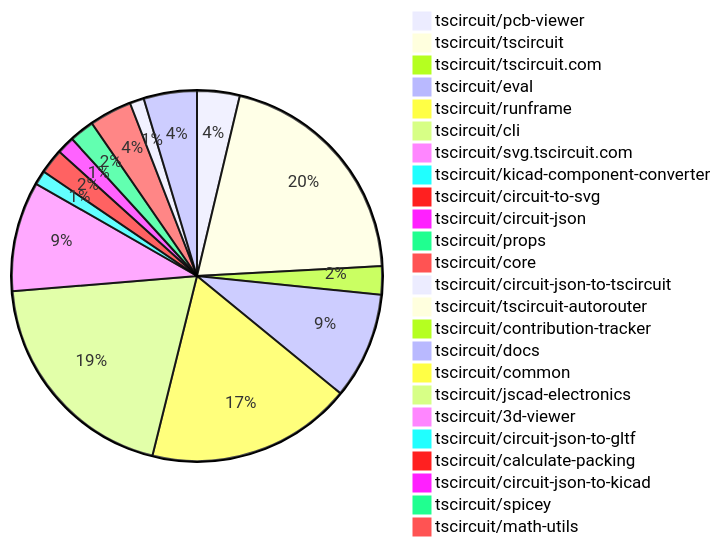
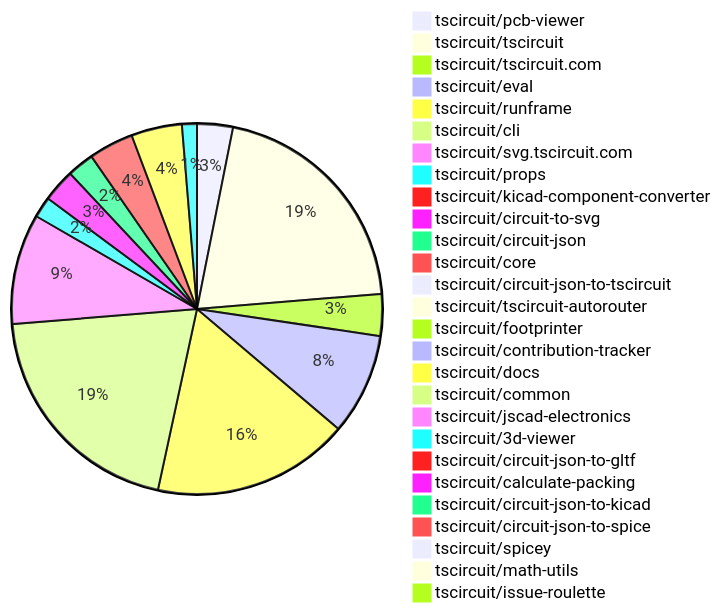
The first of 2 diagrams in README.md (tscircuit/contribution-tracker), drawn with Mermaid before and after one commit. The commit also changed other lines of this file and 3 other files, not shown here.

````diff
--- a/README.md
+++ b/README.md
@@ -29,27 +29,30 @@
 ```mermaid
 pie
     "tscircuit/pcb-viewer" : 12
-    "tscircuit/tscircuit" : 66
-    "tscircuit/tscircuit.com" : 8
-    "tscircuit/eval" : 30
-    "tscircuit/runframe" : 58
-    "tscircuit/cli" : 64
-    "tscircuit/svg.tscircuit.com" : 31
+    "tscircuit/tscircuit" : 79
+    "tscircuit/tscircuit.com" : 14
+    "tscircuit/eval" : 34
+    "tscircuit/runframe" : 66
+    "tscircuit/cli" : 78
+    "tscircuit/svg.tscircuit.com" : 37
+    "tscircuit/props" : 7
     "tscircuit/kicad-component-converter" : 4
-    "tscircuit/circuit-to-svg" : 7
-    "tscircuit/circuit-json" : 5
-    "tscircuit/props" : 7
-    "tscircuit/core" : 12
+    "tscircuit/circuit-to-svg" : 11
+    "tscircuit/circuit-json" : 9
+    "tscircuit/core" : 15
     "tscircuit/circuit-json-to-tscircuit" : 4
     "tscircuit/tscircuit-autorouter" : 1
+    "tscircuit/footprinter" : 1
     "tscircuit/contribution-tracker" : 2
-    "tscircuit/docs" : 15
+    "tscircuit/docs" : 17
     "tscircuit/common" : 2
-    "tscircuit/jscad-electronics" : 1
-    "tscircuit/3d-viewer" : 3
+    "tscircuit/jscad-electronics" : 2
+    "tscircuit/3d-viewer" : 5
     "tscircuit/circuit-json-to-gltf" : 1
     "tscircuit/calculate-packing" : 1
     "tscircuit/circuit-json-to-kicad" : 1
-    "tscircuit/spicey" : 1
+    "tscircuit/circuit-json-to-spice" : 1
+    "tscircuit/spicey" : 2
     "tscircuit/math-utils" : 1
+    "tscircuit/issue-roulette" : 1
 ```
````
